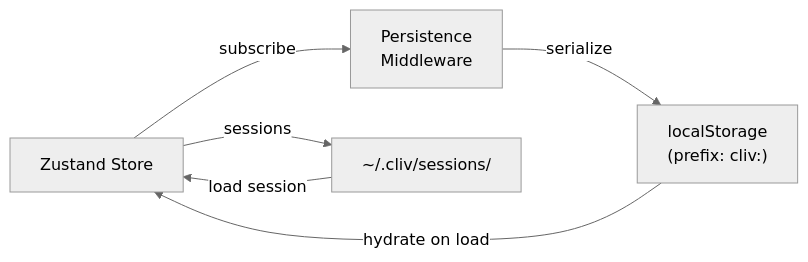
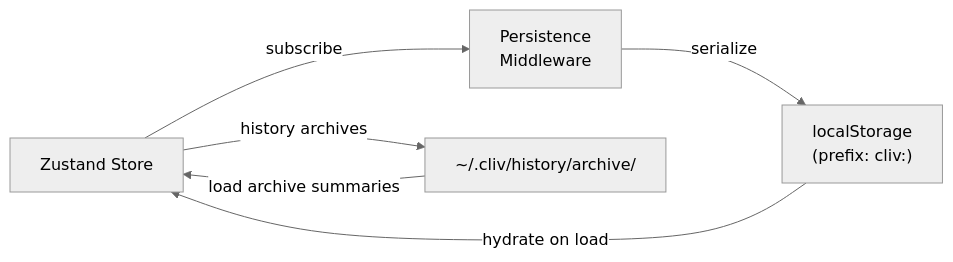
Before and after one commit to BobDLA/cliv: the tenth of 22 diagrams in docs/demo/demo.md, drawn with Mermaid (neutral theme). The commit also changed other lines of this file and 30 other files, not shown here.

Commit message:
feat: archive project review history

````diff
--- a/docs/demo/demo.md
+++ b/docs/demo/demo.md
@@ -642,9 +642,9 @@
 ```mermaid
 flowchart LR
     ZUSTAND["Zustand Store"] -->|"subscribe"| PERSIST["Persistence<br/>Middleware"]
     PERSIST -->|"serialize"| LS["localStorage<br/>(prefix: cliv:)"]
     LS -->|"hydrate on load"| ZUSTAND
 
-    ZUSTAND -->|"sessions"| FS["~/.cliv/sessions/"]
-    FS -->|"load session"| ZUSTAND
+    ZUSTAND -->|"history archives"| FS["~/.cliv/history/archive/"]
+    FS -->|"load archive summaries"| ZUSTAND
 ```
````
